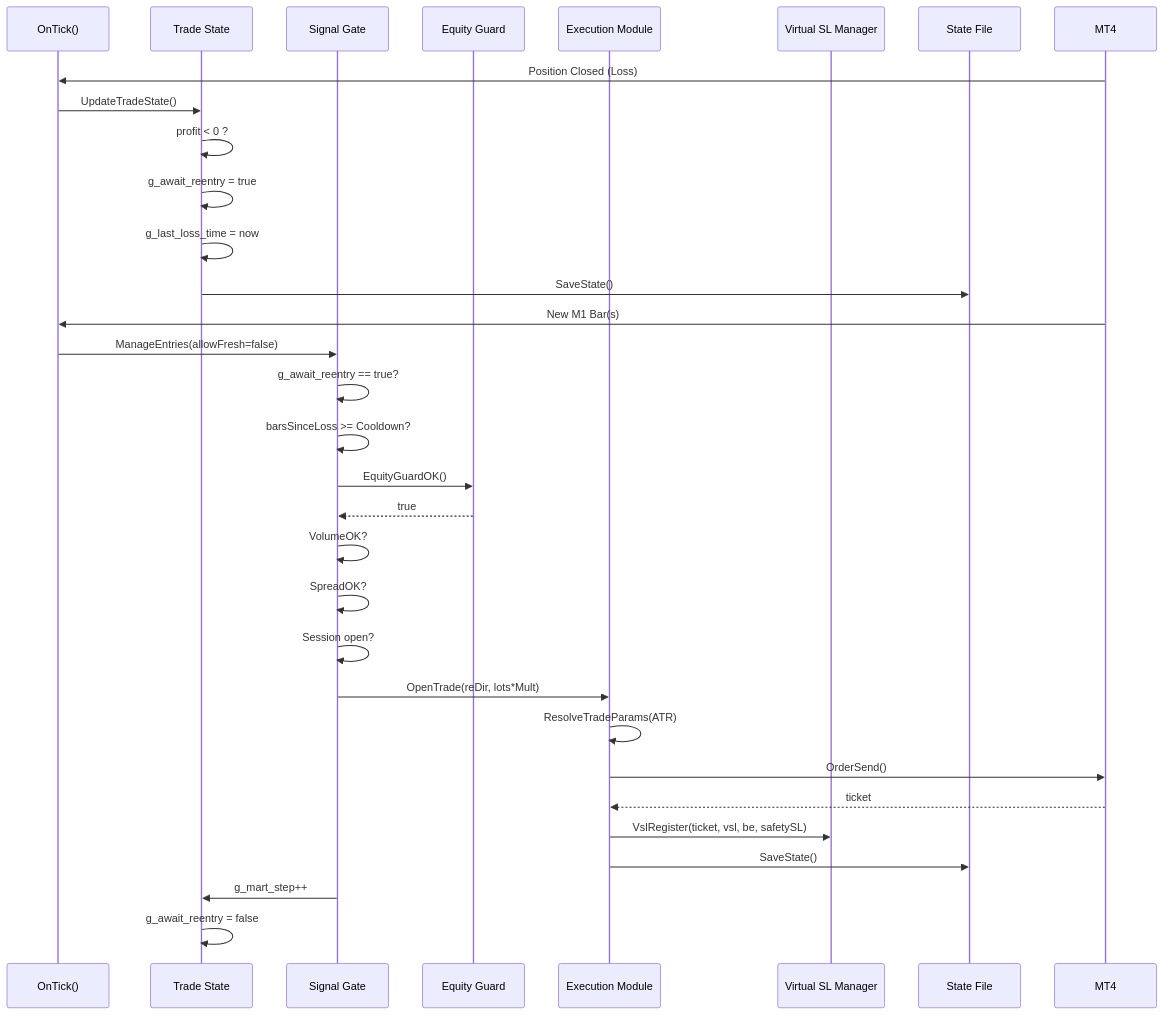
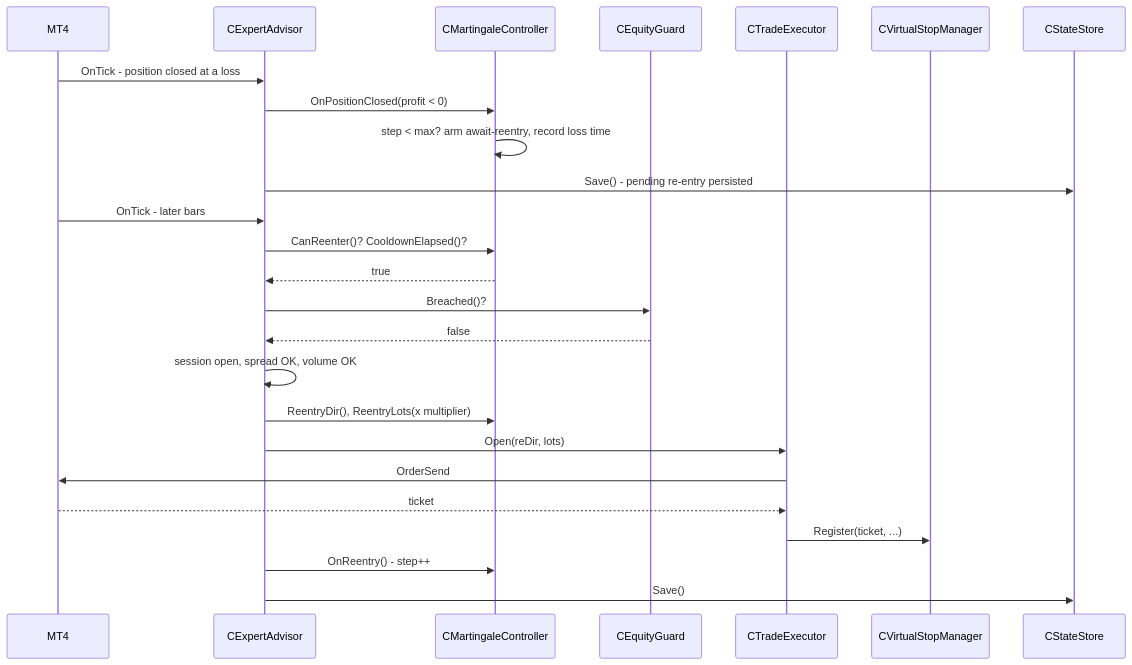
Before and after one commit to nhasibuan/oneminuteman: the fourth of 6 diagrams in README.md, drawn with Mermaid. The commit also changed other lines of this file, not shown here.

First line of the commit message:
docs: fix DFD mermaid parse error; mermaid-only diagrams; add data dictionary

````diff
--- a/README.md
+++ b/README.md
@@ -302,37 +374,29 @@
 ```mermaid
 sequenceDiagram
-    participant Tick as OnTick()
-    participant State as Trade State
-    participant Gate as Signal Gate
-    participant Equity as Equity Guard
-    participant Exec as Execution Module
-    participant VSL as Virtual SL Manager
-    participant Disk as State File
+    participant MT4
+    participant EA as CExpertAdvisor
+    participant Mart as CMartingaleController
+    participant Guard as CEquityGuard
+    participant Exec as CTradeExecutor
+    participant VSL as CVirtualStopManager
+    participant Store as CStateStore
 
-    MT4->>Tick: Position Closed (Loss)
-    Tick->>State: UpdateTradeState()
-    State->>State: profit < 0 ?
-    State->>State: g_await_reentry = true
-    State->>State: g_last_loss_time = now
-    State->>Disk: SaveState()
+    MT4->>EA: OnTick - position closed at a loss
+    EA->>Mart: OnPositionClosed(profit < 0)
+    Mart->>Mart: step < max? arm await-reentry, record loss time
+    EA->>Store: Save() - pending re-entry persisted
 
-    MT4->>Tick: New M1 Bar(s)
-    Tick->>Gate: ManageEntries(allowFresh=false)
-    Gate->>Gate: g_await_reentry == true?
-    Gate->>Gate: barsSinceLoss >= Cooldown?
-    Gate->>Equity: EquityGuardOK()
-    Equity-->>Gate: true
-    Gate->>Gate: VolumeOK?
-    Gate->>Gate: SpreadOK?
-    Gate->>Gate: Session open?
-
-    Gate->>Exec: OpenTrade(reDir, lots*Mult)
-    Exec->>Exec: ResolveTradeParams(ATR)
-    Exec->>MT4: OrderSend()
+    MT4->>EA: OnTick - later bars
+    EA->>Mart: CanReenter()? CooldownElapsed()?
+    Mart-->>EA: true
+    EA->>Guard: Breached()?
+    Guard-->>EA: false
+    EA->>EA: session open, spread OK, volume OK
+    EA->>Mart: ReentryDir(), ReentryLots(x multiplier)
+    EA->>Exec: Open(reDir, lots)
+    Exec->>MT4: OrderSend
     MT4-->>Exec: ticket
-    Exec->>VSL: VslRegister(ticket, vsl, be, safetySL)
-    Exec->>Disk: SaveState()
-
-    Gate->>State: g_mart_step++
-    State->>State: g_await_reentry = false
+    Exec->>VSL: Register(ticket, ...)
+    EA->>Mart: OnReentry() - step++
+    EA->>Store: Save()
 ```
````
